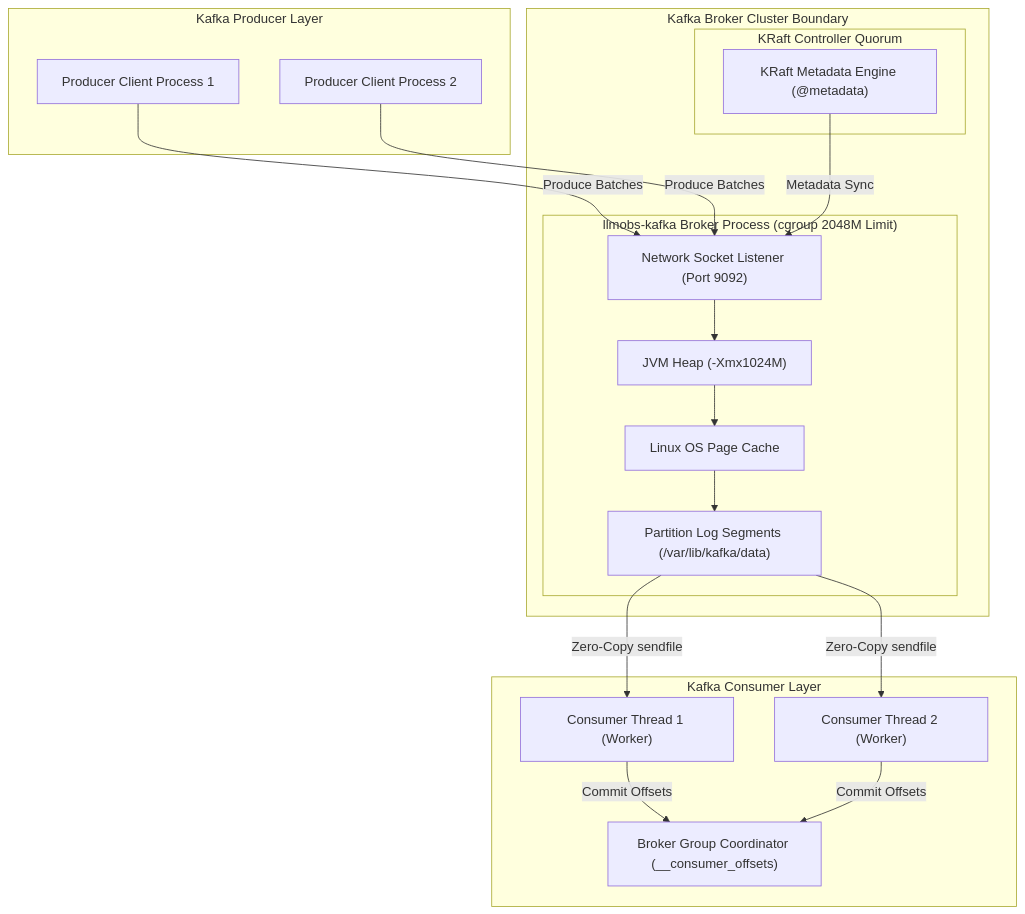
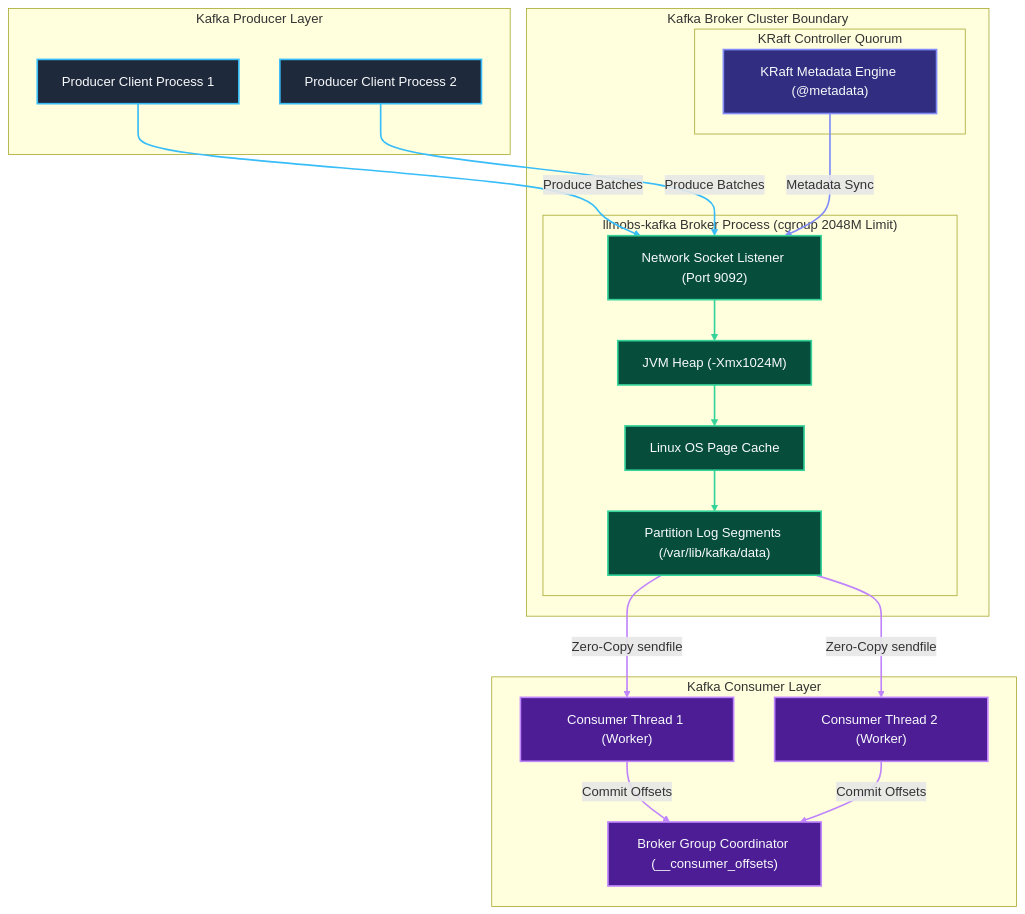
One commit to Chief-Strategist-J/llm-obs-infra changed the first of 18 diagrams in docs/configDoc/kafka-configuration-guide.md. Above: the diagram before and after it, drawn with Mermaid. The commit also changed other lines of this file, not shown here.

Commit message:
docs(kafka): reorder component sections to Code -> HLD -> LLD -> Parameters and apply custom color styling to all Mermaid diagrams

````diff
--- a/docs/configDoc/kafka-configuration-guide.md
+++ b/docs/configDoc/kafka-configuration-guide.md
@@ -313,39 +370,55 @@
 ```mermaid
 graph TD
     subgraph KafkaProducerCluster ["Kafka Producer Layer"]
         P1["Producer Client Process 1"]
         P2["Producer Client Process 2"]
     end
 
     subgraph KafkaClusterBoundary ["Kafka Broker Cluster Boundary"]
         subgraph BrokerCore ["llmobs-kafka Broker Process (cgroup 2048M Limit)"]
             NetListener["Network Socket Listener (Port 9092)"]
             JVMHeap["JVM Heap (-Xmx1024M)"]
             PageCache["Linux OS Page Cache"]
             LogStorage["Partition Log Segments (/var/lib/kafka/data)"]
         end
 
         subgraph KRaftQuorum ["KRaft Controller Quorum"]
             KRaftEngine["KRaft Metadata Engine (@metadata)"]
         end
     end
 
     subgraph KafkaConsumerCluster ["Kafka Consumer Layer"]
         C1["Consumer Thread 1 (Worker)"]
         C2["Consumer Thread 2 (Worker)"]
         Coord["Broker Group Coordinator (__consumer_offsets)"]
     end
 
     P1 -->|Produce Batches| NetListener
     P2 -->|Produce Batches| NetListener
     NetListener --> JVMHeap
     JVMHeap --> PageCache
     PageCache --> LogStorage
 
     KRaftEngine -->|Metadata Sync| NetListener
 
     LogStorage -->|Zero-Copy sendfile| C1
     LogStorage -->|Zero-Copy sendfile| C2
     C1 -->|Commit Offsets| Coord
     C2 -->|Commit Offsets| Coord
+
+    style P1 fill:#1e293b,stroke:#38bdf8,stroke-width:2px,color:#f8fafc
+    style P2 fill:#1e293b,stroke:#38bdf8,stroke-width:2px,color:#f8fafc
+    style NetListener fill:#064e3b,stroke:#34d399,stroke-width:2px,color:#f8fafc
+    style JVMHeap fill:#064e3b,stroke:#34d399,stroke-width:2px,color:#f8fafc
+    style PageCache fill:#064e3b,stroke:#34d399,stroke-width:2px,color:#f8fafc
+    style LogStorage fill:#064e3b,stroke:#34d399,stroke-width:2px,color:#f8fafc
+    style KRaftEngine fill:#312e81,stroke:#818cf8,stroke-width:2px,color:#f8fafc
+    style C1 fill:#4c1d95,stroke:#c084fc,stroke-width:2px,color:#f8fafc
+    style C2 fill:#4c1d95,stroke:#c084fc,stroke-width:2px,color:#f8fafc
+    style Coord fill:#4c1d95,stroke:#c084fc,stroke-width:2px,color:#f8fafc
+
+    linkStyle 0,1 stroke:#38bdf8,stroke-width:2px;
+    linkStyle 2,3,4 stroke:#34d399,stroke-width:2px;
+    linkStyle 5 stroke:#818cf8,stroke-width:2px;
+    linkStyle 6,7,8,9 stroke:#c084fc,stroke-width:2px;
 ```
````
